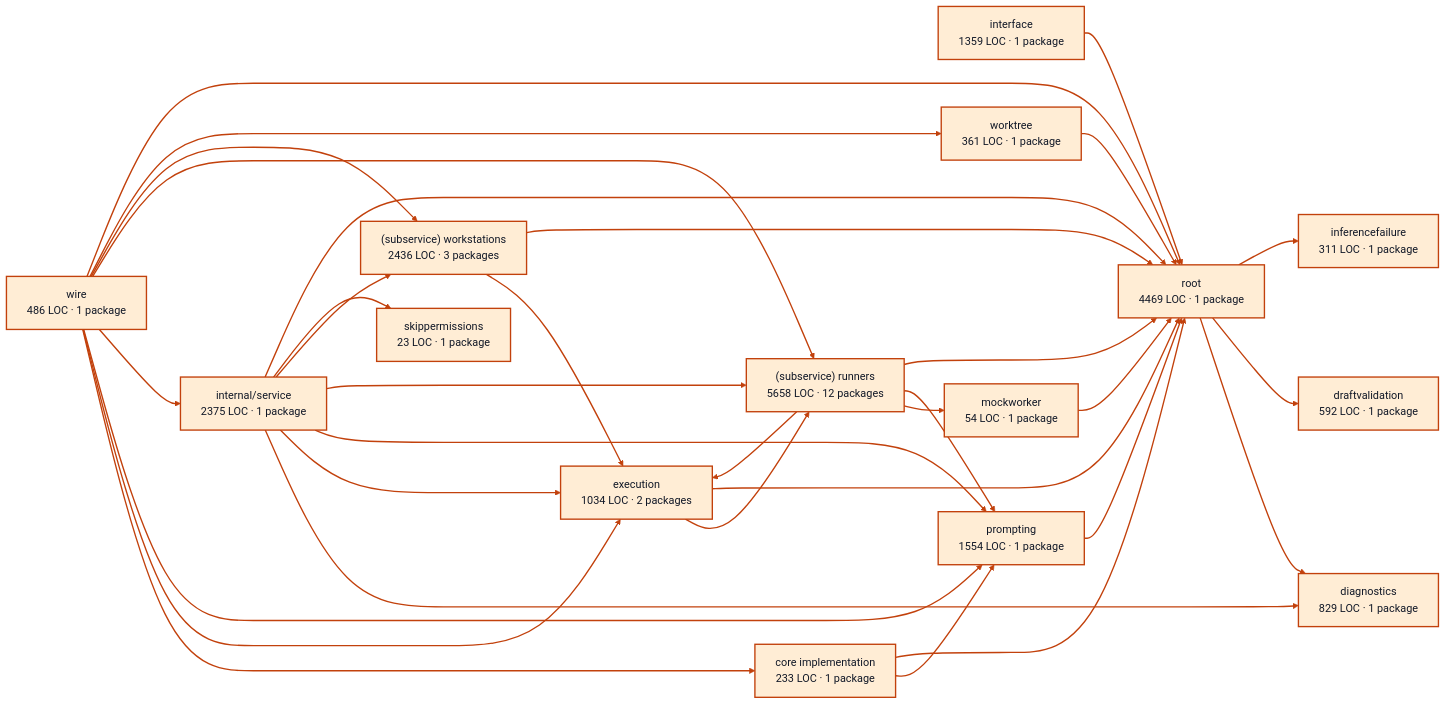
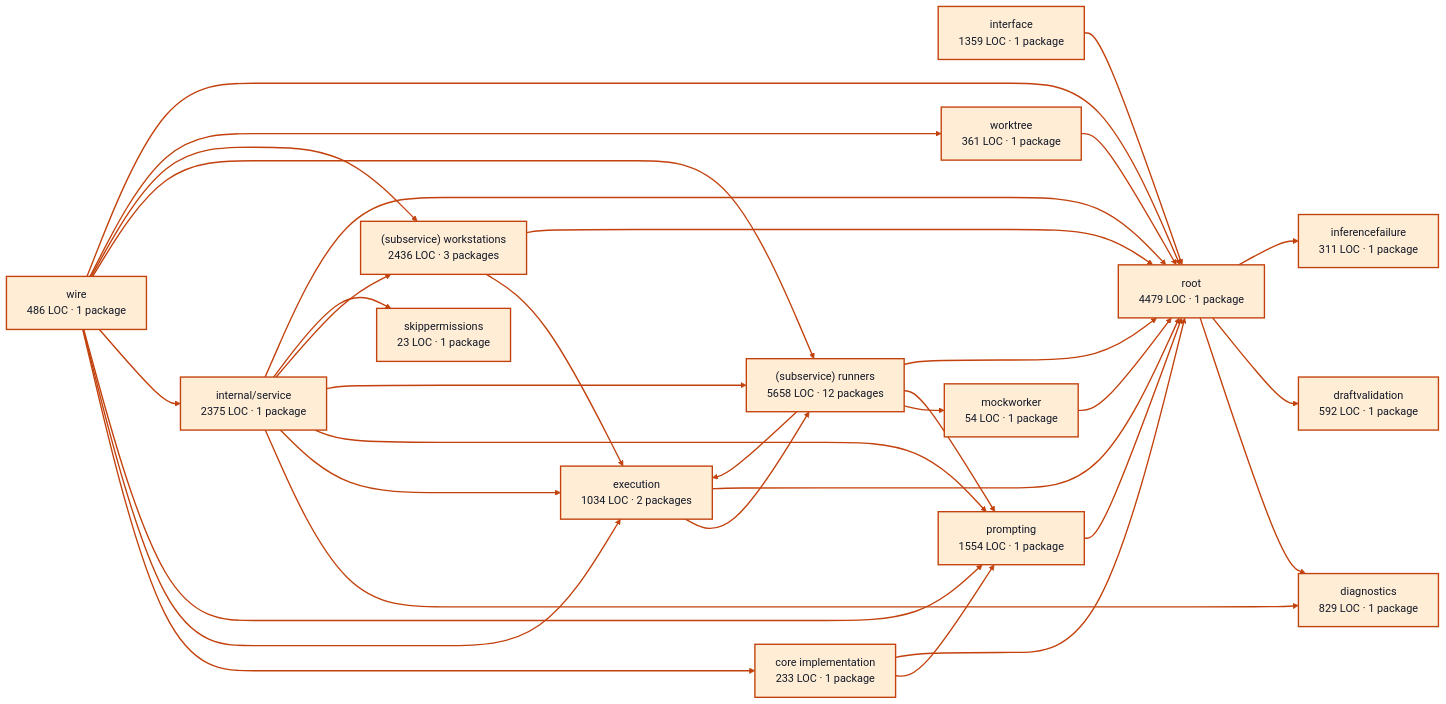
Before and after one commit to portpowered/you-agent-factory: the diagram in docs/architecture/visualizations/services/workers.md, drawn with Mermaid. The commit also changed other lines of this file and 20 other files, not shown here.

Commit message:
docs: refresh backend architecture visualizations

````diff
--- a/docs/architecture/visualizations/services/workers.md
+++ b/docs/architecture/visualizations/services/workers.md
@@ -11,66 +11,66 @@
 ```mermaid
 flowchart LR
   p0["core implementation<br/>233 LOC · 1 package"]
   p1["diagnostics<br/>829 LOC · 1 package"]
   p2["draftvalidation<br/>592 LOC · 1 package"]
   p3["execution<br/>1034 LOC · 2 packages"]
   p4["inferencefailure<br/>311 LOC · 1 package"]
   p5["interface<br/>1359 LOC · 1 package"]
   p6["mockworker<br/>54 LOC · 1 package"]
   p7["prompting<br/>1554 LOC · 1 package"]
   p8["internal/service<br/>2375 LOC · 1 package"]
   p9["(subservice) runners<br/>5658 LOC · 12 packages"]
   p10["(subservice) workstations<br/>2436 LOC · 3 packages"]
   p11["skippermissions<br/>23 LOC · 1 package"]
   p12["worktree<br/>361 LOC · 1 package"]
-  p13["root<br/>4469 LOC · 1 package"]
+  p13["root<br/>4479 LOC · 1 package"]
   p14["wire<br/>486 LOC · 1 package"]
   p0 --> p7
   p0 --> p13
   p3 --> p9
   p3 --> p13
   p5 --> p13
   p6 --> p13
   p7 --> p13
   p8 --> p1
   p8 --> p3
   p8 --> p7
   p8 --> p9
   p8 --> p10
   p8 --> p11
   p8 --> p13
   p9 --> p3
   p9 --> p6
   p9 --> p7
   p9 --> p13
   p10 --> p3
   p10 --> p13
   p12 --> p13
   p13 --> p1
   p13 --> p2
   p13 --> p4
   p14 --> p0
   p14 --> p3
   p14 --> p7
   p14 --> p8
   p14 --> p9
   p14 --> p10
   p14 --> p12
   p14 --> p13
   style p0 fill:#ffedd5,stroke:#c2410c,stroke-width:2px,color:#111827
   style p1 fill:#ffedd5,stroke:#c2410c,stroke-width:2px,color:#111827
   style p2 fill:#ffedd5,stroke:#c2410c,stroke-width:2px,color:#111827
   style p3 fill:#ffedd5,stroke:#c2410c,stroke-width:2px,color:#111827
   style p4 fill:#ffedd5,stroke:#c2410c,stroke-width:2px,color:#111827
   style p5 fill:#ffedd5,stroke:#c2410c,stroke-width:2px,color:#111827
   style p6 fill:#ffedd5,stroke:#c2410c,stroke-width:2px,color:#111827
   style p7 fill:#ffedd5,stroke:#c2410c,stroke-width:2px,color:#111827
   style p8 fill:#ffedd5,stroke:#c2410c,stroke-width:2px,color:#111827
   style p9 fill:#ffedd5,stroke:#c2410c,stroke-width:2px,color:#111827
   style p10 fill:#ffedd5,stroke:#c2410c,stroke-width:2px,color:#111827
   style p11 fill:#ffedd5,stroke:#c2410c,stroke-width:2px,color:#111827
   style p12 fill:#ffedd5,stroke:#c2410c,stroke-width:2px,color:#111827
   style p13 fill:#ffedd5,stroke:#c2410c,stroke-width:2px,color:#111827
   style p14 fill:#ffedd5,stroke:#c2410c,stroke-width:2px,color:#111827
   linkStyle default stroke:#c2410c,stroke-width:2px
 ```
````
